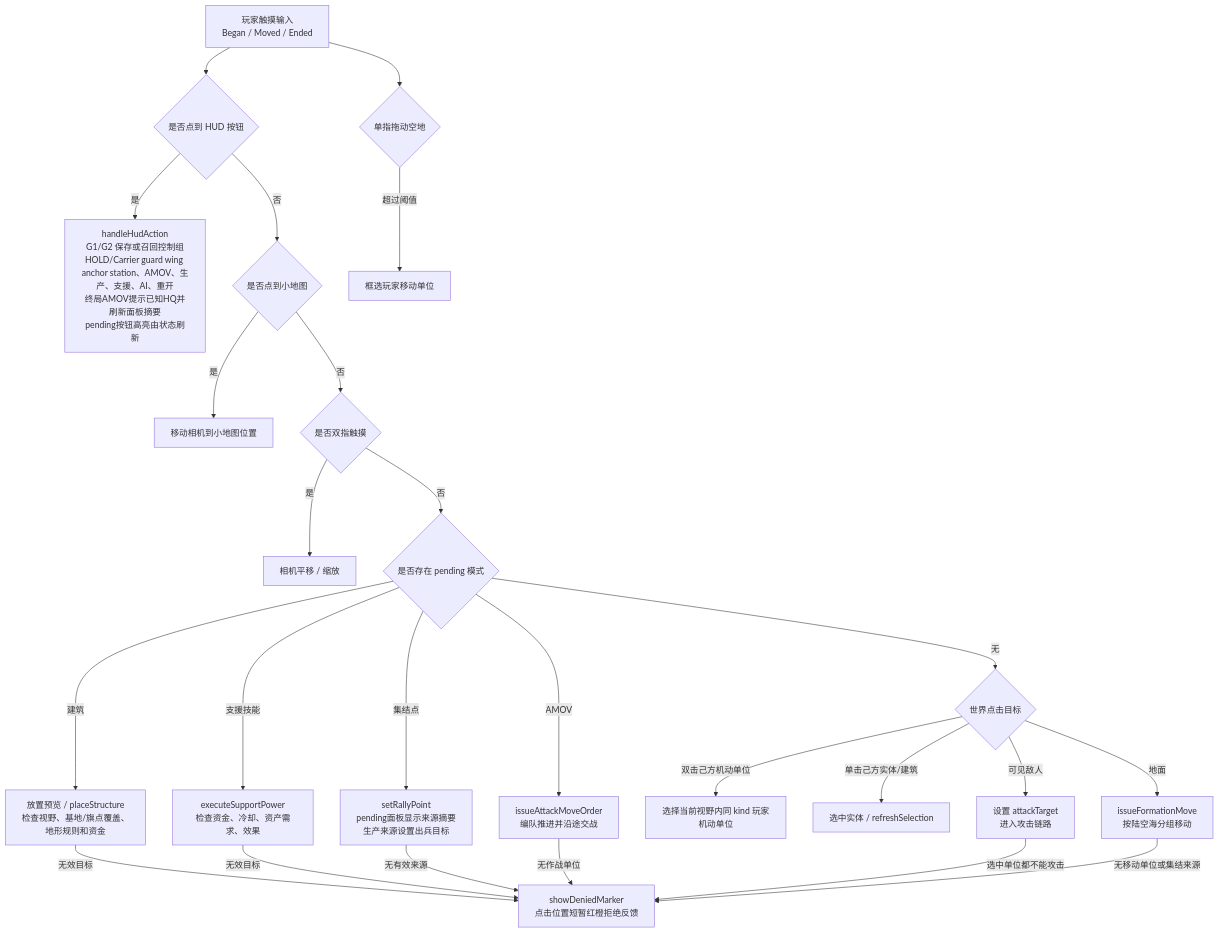
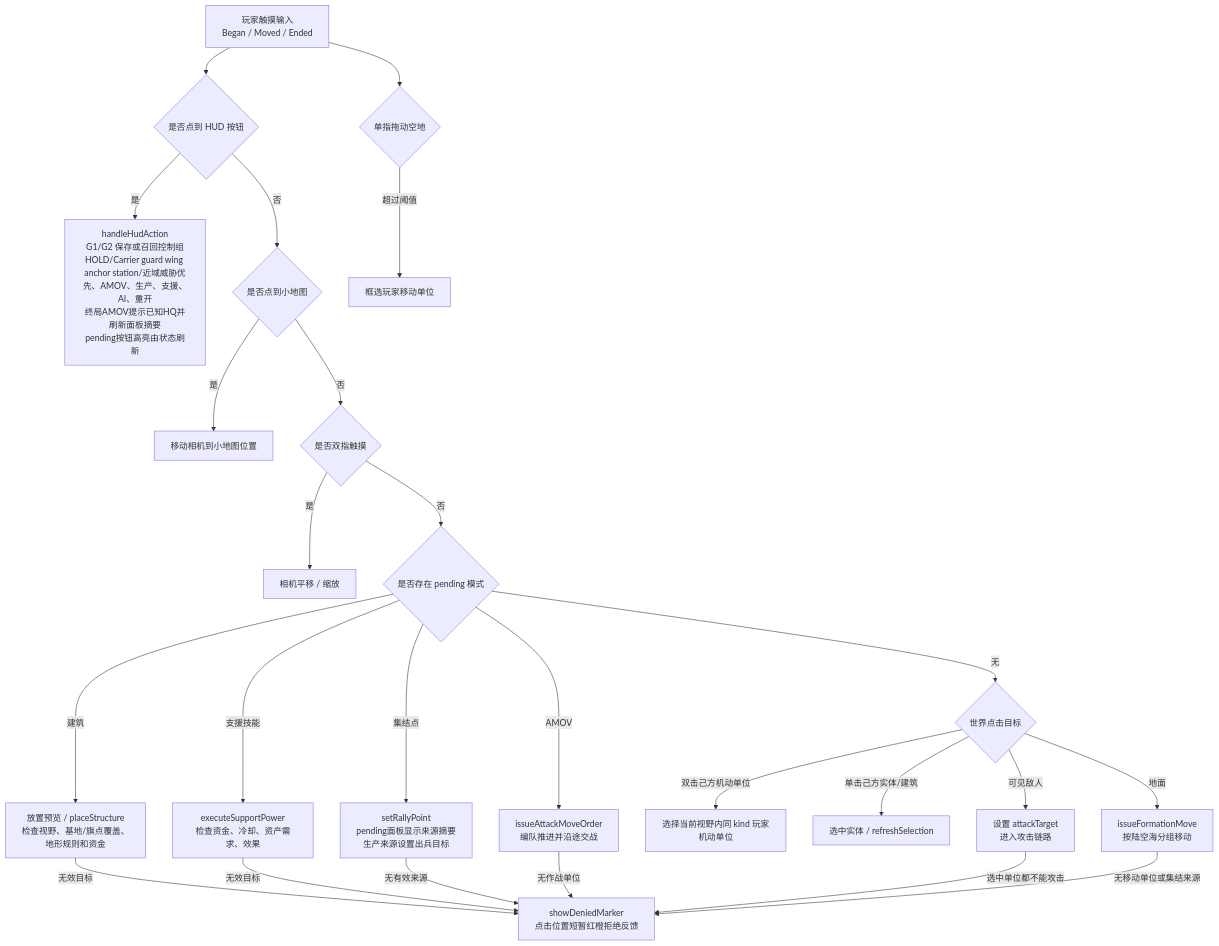
Before and after one commit to Altman-sam114/1145: the second of 3 diagrams in md/flow/flowchart.md, drawn with Mermaid. The commit also changed other lines of this file and 4 other files, not shown here.

````diff
--- a/md/flow/flowchart.md
+++ b/md/flow/flowchart.md
@@ -37,27 +37,27 @@
 ```mermaid
 flowchart TD
   Touch["玩家触摸输入\nBegan / Moved / Ended"] --> HUDCheck{"是否点到 HUD 按钮"}
-  HUDCheck -- "是" --> HudAction["handleHudAction\nG1/G2 保存或召回控制组\nHOLD/Carrier guard wing anchor station、AMOV、生产、支援、AI、重开\n终局AMOV提示已知HQ并刷新面板摘要\npending按钮高亮由状态刷新"]
+  HUDCheck -- "是" --> HudAction["handleHudAction\nG1/G2 保存或召回控制组\nHOLD/Carrier guard wing anchor station/近域威胁优先、AMOV、生产、支援、AI、重开\n终局AMOV提示已知HQ并刷新面板摘要\npending按钮高亮由状态刷新"]
   HUDCheck -- "否" --> MiniMap{"是否点到小地图"}
   MiniMap -- "是" --> Camera["移动相机到小地图位置"]
   MiniMap -- "否" --> MultiTouch{"是否双指触摸"}
   MultiTouch -- "是" --> PanZoom["相机平移 / 缩放"]
   MultiTouch -- "否" --> Pending{"是否存在 pending 模式"}
   Pending -- "建筑" --> Place["放置预览 / placeStructure\n检查视野、基地/旗点覆盖、地形规则和资金"]
   Pending -- "支援技能" --> Support["executeSupportPower\n检查资金、冷却、资产需求、效果"]
   Pending -- "集结点" --> Rally["setRallyPoint\npending面板显示来源摘要\n生产来源设置出兵目标"]
   Pending -- "AMOV" --> AttackMove["issueAttackMoveOrder\n编队推进并沿途交战"]
   Place -- "无效目标" --> Denied["showDeniedMarker\n点击位置短暂红橙拒绝反馈"]
   Support -- "无效目标" --> Denied
   Rally -- "无有效来源" --> Denied
   AttackMove -- "无作战单位" --> Denied
   Pending -- "无" --> WorldTap{"世界点击目标"}
   WorldTap -- "双击己方机动单位" --> TypeSelect["选择当前视野内同 kind 玩家机动单位"]
   WorldTap -- "单击己方实体/建筑" --> Select["选中实体 / refreshSelection"]
   WorldTap -- "可见敌人" --> Attack["设置 attackTarget\n进入攻击链路"]
   WorldTap -- "地面" --> Move["issueFormationMove\n按陆空海分组移动"]
   Attack -- "选中单位都不能攻击" --> Denied
   Move -- "无移动单位或集结来源" --> Denied
   Touch --> Drag{"单指拖动空地"}
   Drag -- "超过阈值" --> Box["框选玩家移动单位"]
 ```
````
